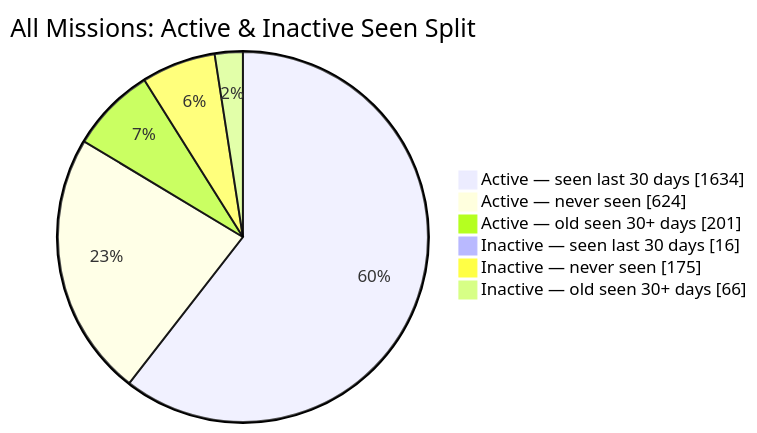
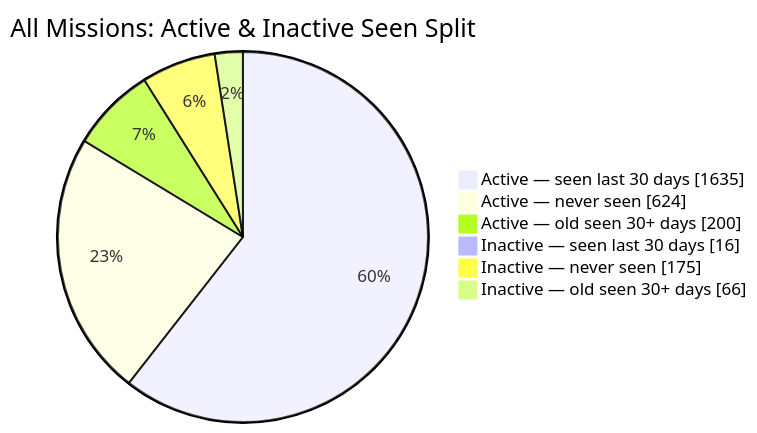
One commit to MeldkamerspelGameTeam/active-missions changed the second of 2 diagrams in README.md. Above: the diagram before and after it, drawn with Mermaid. The commit also changed other lines of this file and 2 other files, not shown here.

````diff
--- a/README.md
+++ b/README.md
@@ -44,10 +44,10 @@
 ```mermaid
 pie showData
     title All Missions: Active & Inactive Seen Split
-    "Active — seen last 30 days" : 1634
+    "Active — seen last 30 days" : 1635
     "Active — never seen" : 624
-    "Active — old seen 30+ days" : 201
+    "Active — old seen 30+ days" : 200
     "Inactive — seen last 30 days" : 16
     "Inactive — never seen" : 175
     "Inactive — old seen 30+ days" : 66
 ```
````
